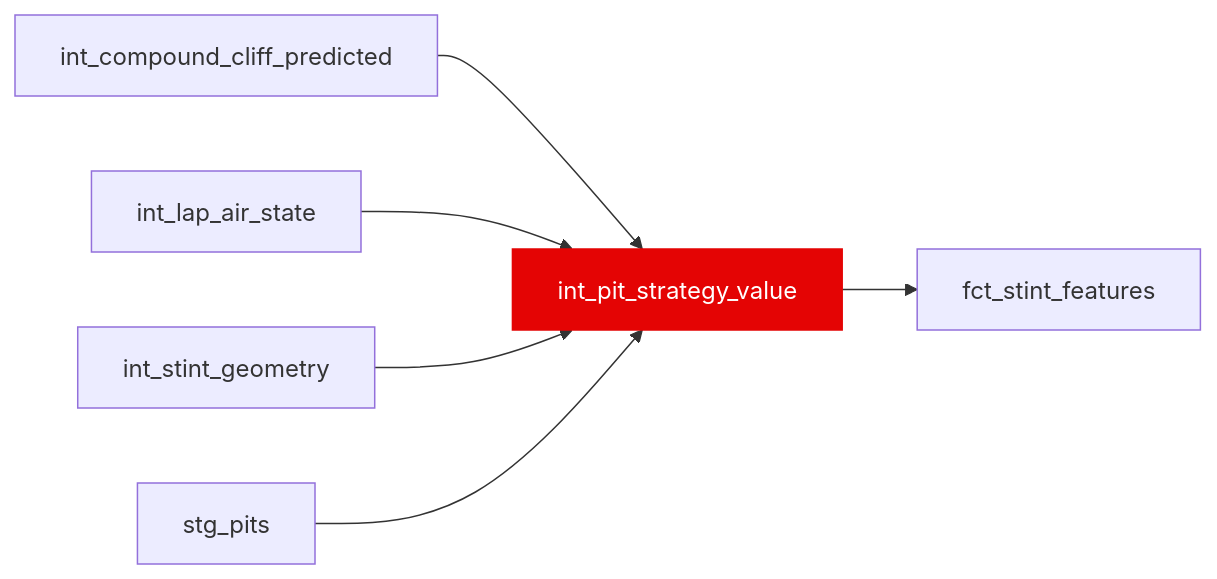
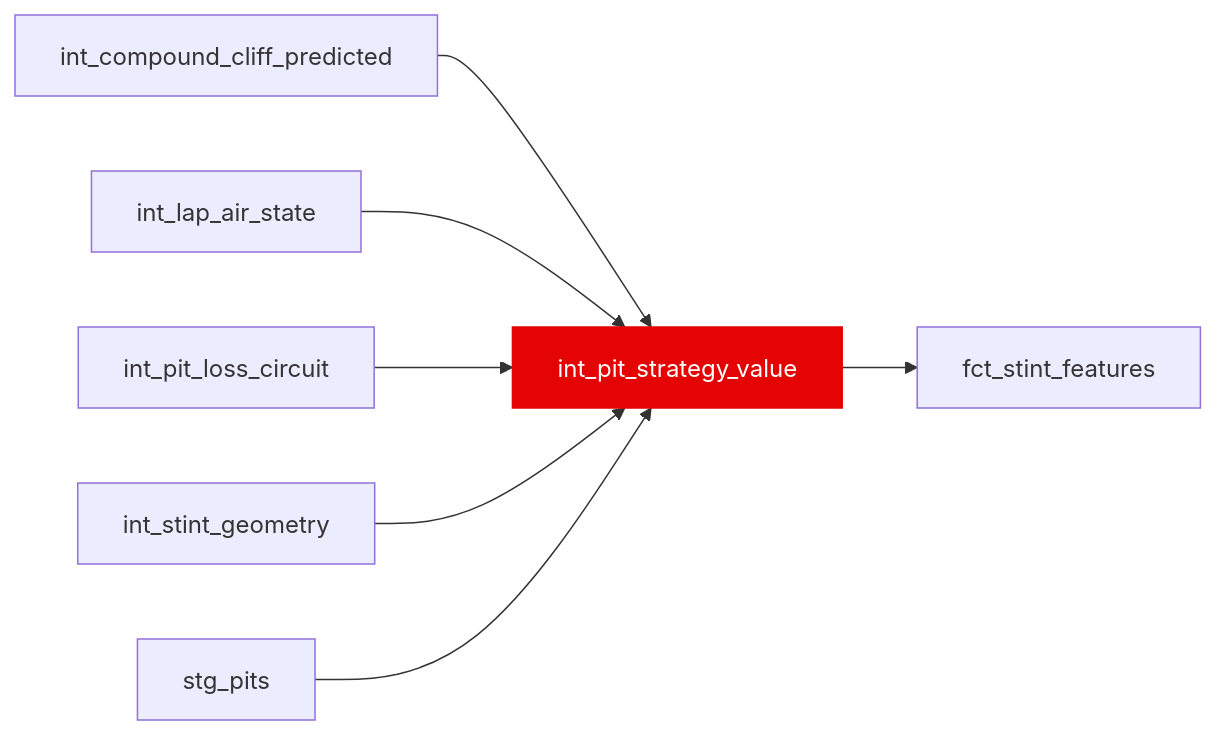
The diagram in docs/reference/models/int/int_pit_strategy_value.mdx (JustinClarke/off-the-pace), drawn with Mermaid before and after one commit. The commit also changed other lines of this file and 89 other files, not shown here.

````diff
--- a/docs/reference/models/int/int_pit_strategy_value.mdx
+++ b/docs/reference/models/int/int_pit_strategy_value.mdx
@@ -15,9 +15,10 @@
 ```mermaid
 flowchart LR
   int_compound_cliff_predicted --> int_pit_strategy_value
   int_lap_air_state --> int_pit_strategy_value
+  int_pit_loss_circuit --> int_pit_strategy_value
   int_stint_geometry --> int_pit_strategy_value
   stg_pits --> int_pit_strategy_value
   int_pit_strategy_value --> fct_stint_features
   style int_pit_strategy_value fill:#e40404,stroke:#e40404,color:#fff
 ```
````
